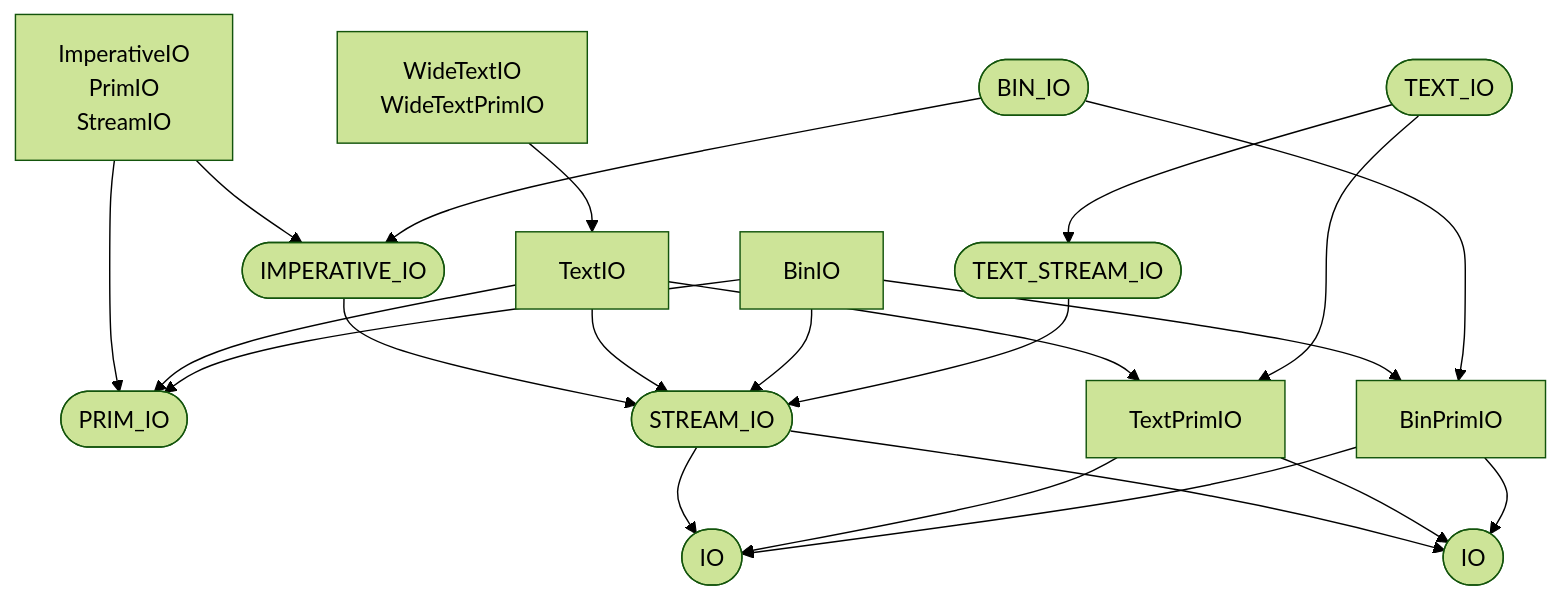
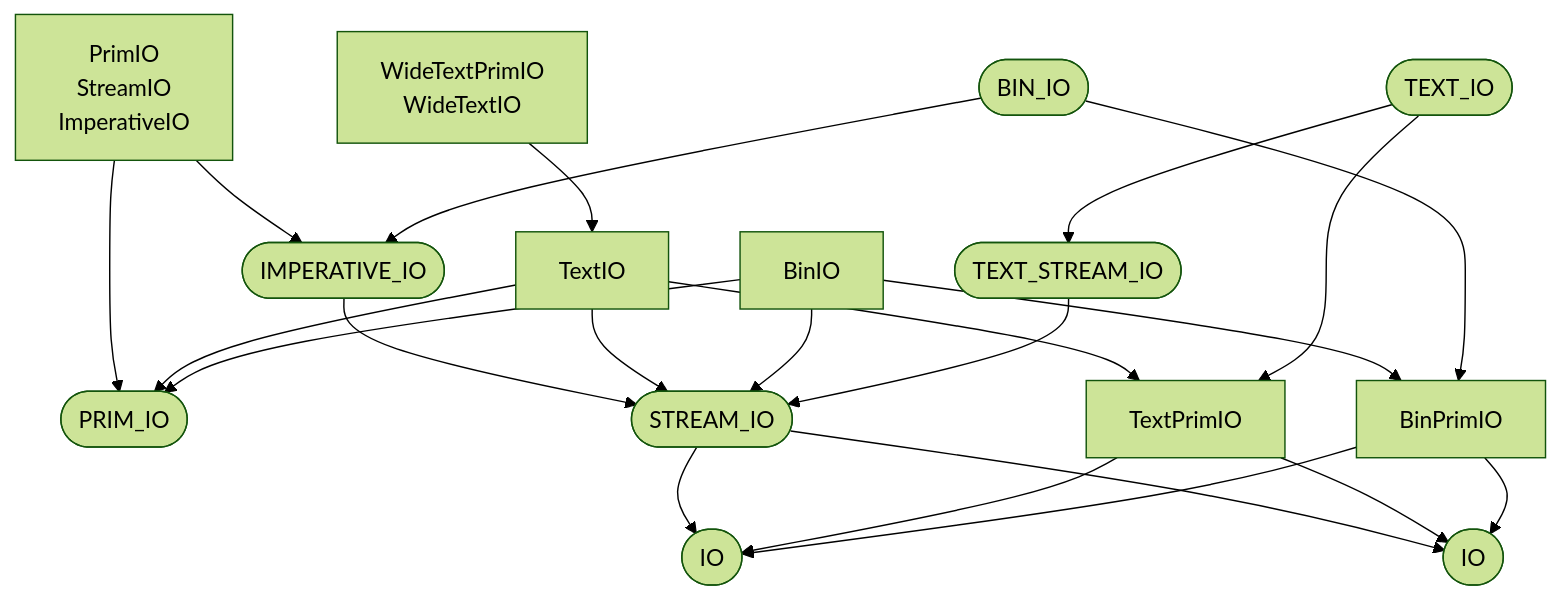
One commit to ruudkoot/rune changed the eighth of 9 diagrams in docs/generated/basis/depends.md. Above: the diagram before and after it, drawn with Mermaid (forest theme). The commit also changed other lines of this file and 72 other files, not shown here.

````diff
--- a/docs/generated/basis/depends.md
+++ b/docs/generated/basis/depends.md
@@ -386,38 +386,38 @@
 ```mermaid
 flowchart TD
   n65(["IO"])
   n66(["PRIM_IO"])
   n67(["STREAM_IO"])
   n68["TextPrimIO"]
   n69["BinPrimIO"]
   n71(["IMPERATIVE_IO"])
-  n72["ImperativeIO<br>PrimIO<br>StreamIO"]
+  n72["PrimIO<br>StreamIO<br>ImperativeIO"]
   n73["TextIO"]
   n75["BinIO"]
   n93(["BIN_IO"])
   n105(["IO"])
   n126(["TEXT_STREAM_IO"])
   n136(["TEXT_IO"])
-  n150["WideTextIO<br>WideTextPrimIO"]
+  n150["WideTextPrimIO<br>WideTextIO"]
   n67 --> n105
   n67 --> n65
   n68 --> n105
   n68 --> n65
   n69 --> n105
   n69 --> n65
   n71 --> n67
   n72 --> n71
   n72 --> n66
   n73 --> n67
   n73 --> n66
   n73 --> n68
   n75 --> n69
   n75 --> n67
   n75 --> n66
   n93 --> n69
   n93 --> n71
   n126 --> n67
   n136 --> n126
   n136 --> n68
   n150 --> n73
 ```
````
